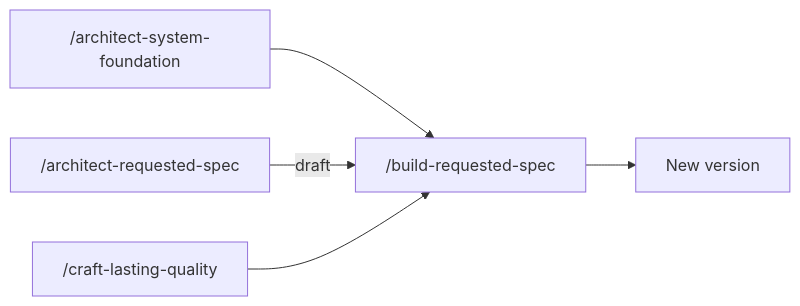
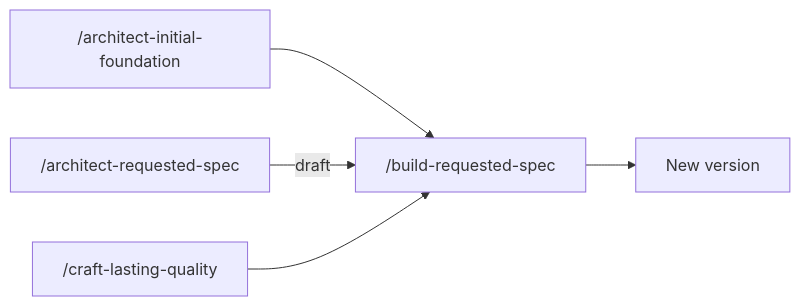
The first of 2 diagrams in docs/how-it-works.md (AIDDbot/AIDDbot), drawn with Mermaid before and after one commit. The commit also changed other lines of this file and 19 other files, not shown here.

Commit message:
refactor(skills): rename /architect-system-foundation to /architect-initial-foundation (Halloween D65)

````diff
--- a/docs/how-it-works.md
+++ b/docs/how-it-works.md
@@ -27,7 +27,7 @@
 ```mermaid
 flowchart LR
-    A["/architect-system-foundation"] --> B["/build-requested-spec"]
+    A["/architect-initial-foundation"] --> B["/build-requested-spec"]
     D["/architect-requested-spec"] -->|draft| B
     C["/craft-lasting-quality"] --> B
     B --> V[New version]
 ```
````
